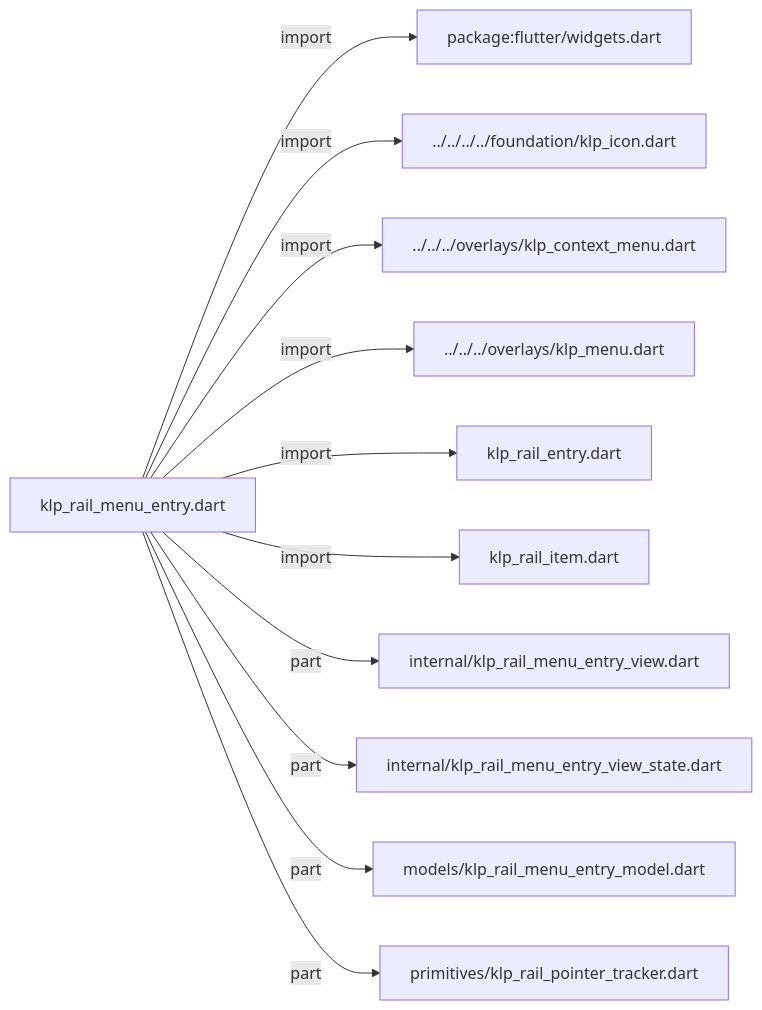
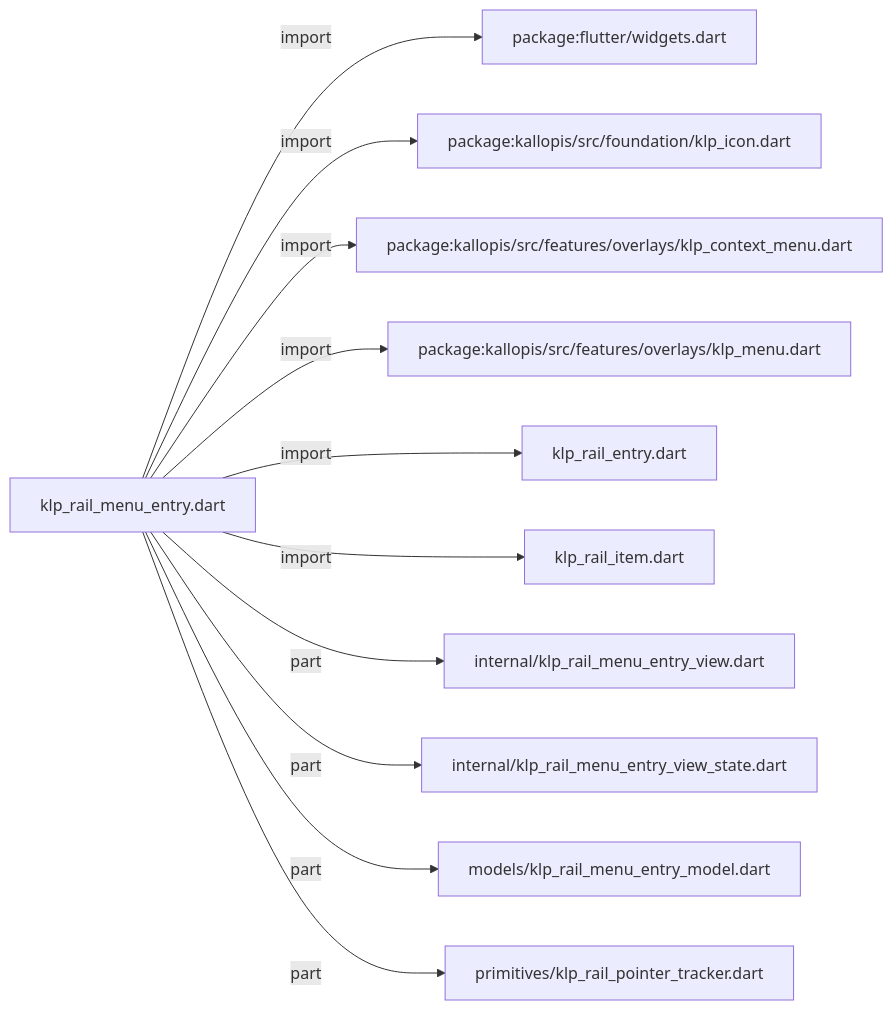
One commit to MiuDog/Kallopis changed the diagram in docs/architecture/src/features/navigation/widgets/rail/klp_rail_menu_entry.md. Above: the diagram before and after it, drawn with Mermaid. The commit also changed other lines of this file and 9688 other files, not shown here.

Commit message:
Prepare isolated Flow F2 peer baseline

````diff
--- a/docs/architecture/src/features/navigation/widgets/rail/klp_rail_menu_entry.md
+++ b/docs/architecture/src/features/navigation/widgets/rail/klp_rail_menu_entry.md
@@ -11,24 +11,24 @@
 ```mermaid
 flowchart LR
 	n0["klp_rail_menu_entry.dart"]
 	n1["package:flutter/widgets.dart"]
-	n2["../../../../foundation/klp_icon.dart"]
-	n3["../../../overlays/klp_context_menu.dart"]
-	n4["../../../overlays/klp_menu.dart"]
+	n2["package:kallopis/src/foundation/klp_icon.dart"]
+	n3["package:kallopis/src/features/overlays/klp_context_menu.dart"]
+	n4["package:kallopis/src/features/overlays/klp_menu.dart"]
 	n5["klp_rail_entry.dart"]
 	n6["klp_rail_item.dart"]
 	n7["internal/klp_rail_menu_entry_view.dart"]
 	n8["internal/klp_rail_menu_entry_view_state.dart"]
 	n9["models/klp_rail_menu_entry_model.dart"]
 	n10["primitives/klp_rail_pointer_tracker.dart"]
 	n0 -->|"import"| n1
 	n0 -->|"import"| n2
 	n0 -->|"import"| n3
 	n0 -->|"import"| n4
 	n0 -->|"import"| n5
 	n0 -->|"import"| n6
 	n0 -->|"part"| n7
 	n0 -->|"part"| n8
 	n0 -->|"part"| n9
 	n0 -->|"part"| n10
 ```
````
